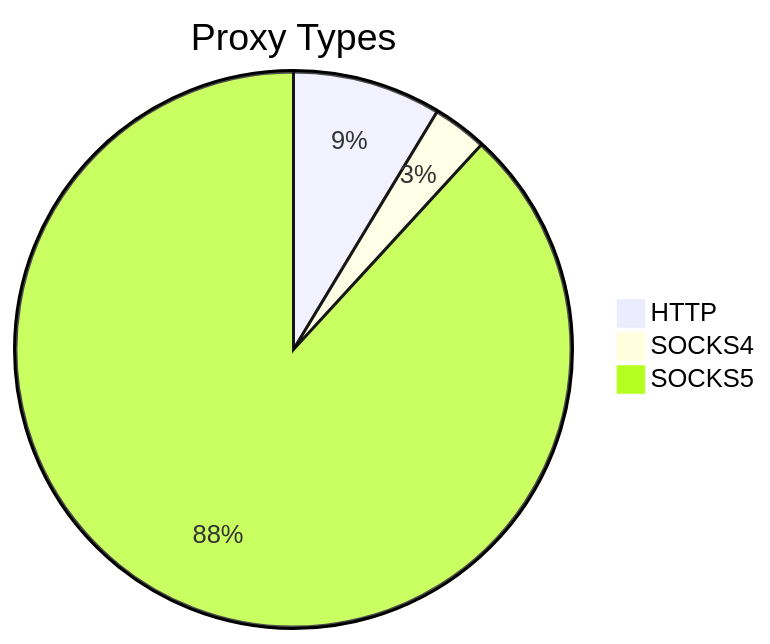
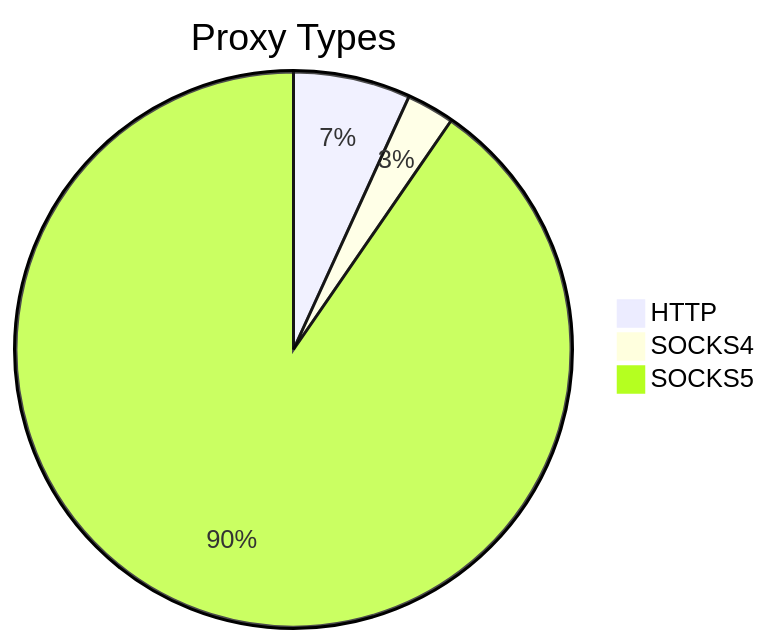
Before and after one commit to stormsia/proxy-list: the first of 2 diagrams in README.md, drawn with Mermaid. The commit also changed other lines of this file, not shown here.

````diff
--- a/README.md
+++ b/README.md
@@ -21,6 +21,6 @@
 ```mermaid
 pie title Proxy Types
-    "HTTP" : 60
-    "SOCKS4" : 22
-    "SOCKS5" : 612
+    "HTTP" : 130
+    "SOCKS4" : 53
+    "SOCKS5" : 1723
 ```
````
